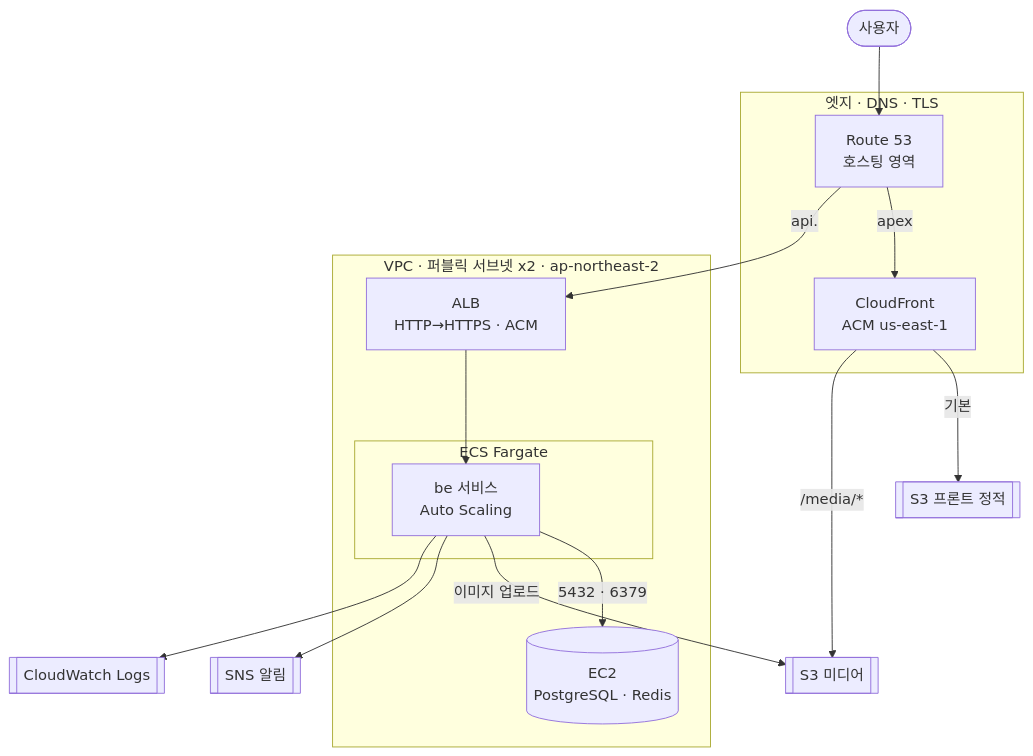
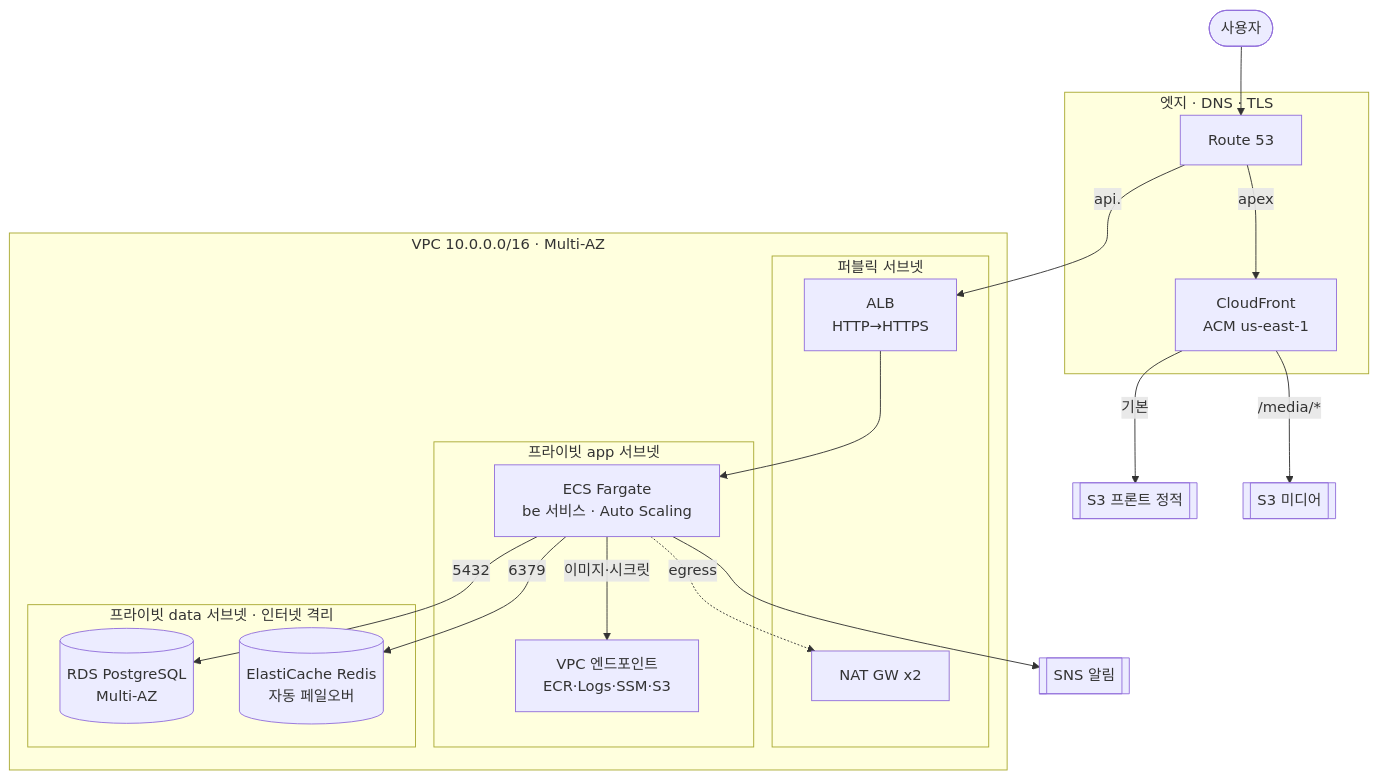
One commit to kyjness/2-kyjness-community-infra changed the diagram in README.md. Above: the diagram before and after it, drawn with Mermaid. The commit also changed other lines of this file, not shown here.

````diff
--- a/README.md
+++ b/README.md
@@ -28,33 +29,40 @@
 ```mermaid
 flowchart TB
     user([사용자])
 
     subgraph edge[엣지 · DNS · TLS]
-        r53[Route 53<br/>호스팅 영역]
+        r53[Route 53]
         cf[CloudFront<br/>ACM us-east-1]
     end
 
-    subgraph aws[VPC · 퍼블릭 서브넷 x2 · ap-northeast-2]
-        alb[ALB<br/>HTTP→HTTPS · ACM]
-        subgraph ecscluster[ECS Fargate]
-            ecs[be 서비스<br/>Auto Scaling]
+    subgraph aws[VPC 10.0.0.0/16 · Multi-AZ]
+        subgraph pub[퍼블릭 서브넷]
+            alb[ALB<br/>HTTP→HTTPS]
+            nat[NAT GW x2]
         end
-        db[(EC2<br/>PostgreSQL · Redis)]
+        subgraph appt[프라이빗 app 서브넷]
+            ecs[ECS Fargate<br/>be 서비스 · Auto Scaling]
+            vpce[VPC 엔드포인트<br/>ECR·Logs·SSM·S3]
+        end
+        subgraph datat[프라이빗 data 서브넷 · 인터넷 격리]
+            rds[(RDS PostgreSQL<br/>Multi-AZ)]
+            redis[(ElastiCache Redis<br/>자동 페일오버)]
+        end
     end
 
     s3fe[[S3 프론트 정적]]
     s3media[[S3 미디어]]
     sns[[SNS 알림]]
-    logs[[CloudWatch Logs]]
 
     user --> r53
     r53 -->|apex| cf
     r53 -->|api.| alb
     cf -->|기본| s3fe
     cf -->|/media/*| s3media
     alb --> ecs
-    ecs -->|5432 · 6379| db
-    ecs -->|이미지 업로드| s3media
+    ecs -->|5432| rds
+    ecs -->|6379| redis
+    ecs -.egress.-> nat
+    ecs -->|이미지·시크릿| vpce
     ecs --> sns
-    ecs --> logs
 ```
````
